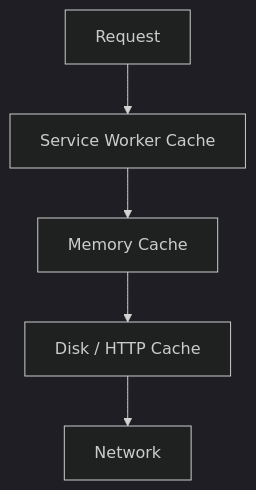
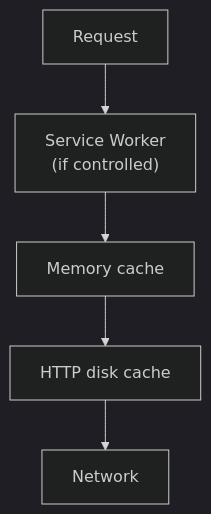
The sixth of 8 diagrams in docs/browser/05-networking.md (prajjwaljogdand/FullstackPreparation), drawn with Mermaid (dark theme) before and after one commit. The commit also changed other lines of this file and 91 other files, not shown here.

````diff
--- a/docs/browser/05-networking.md
+++ b/docs/browser/05-networking.md
@@ -56,11 +291,7 @@
 ```mermaid
 flowchart TB
-  Mem[Memory Cache]
-  Disk[Disk / HTTP Cache]
-  SW[Service Worker Cache]
-  Net[Network]
-  Req[Request] --> SW
-  SW --> Mem
-  Mem --> Disk
-  Disk --> Net
+  Req["Request"] --> SW["Service Worker<br/>(if controlled)"]
+  SW --> Mem["Memory cache"]
+  Mem --> Disk["HTTP disk cache"]
+  Disk --> Net["Network"]
 ```
````
